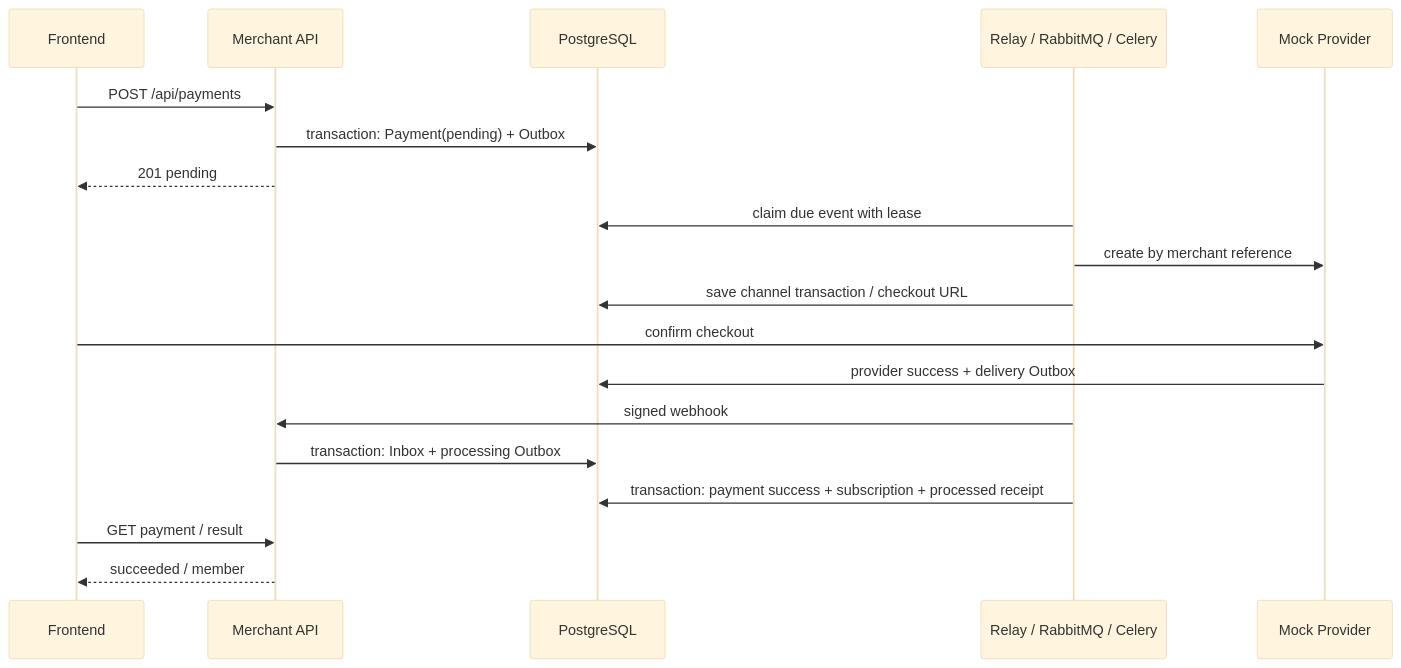
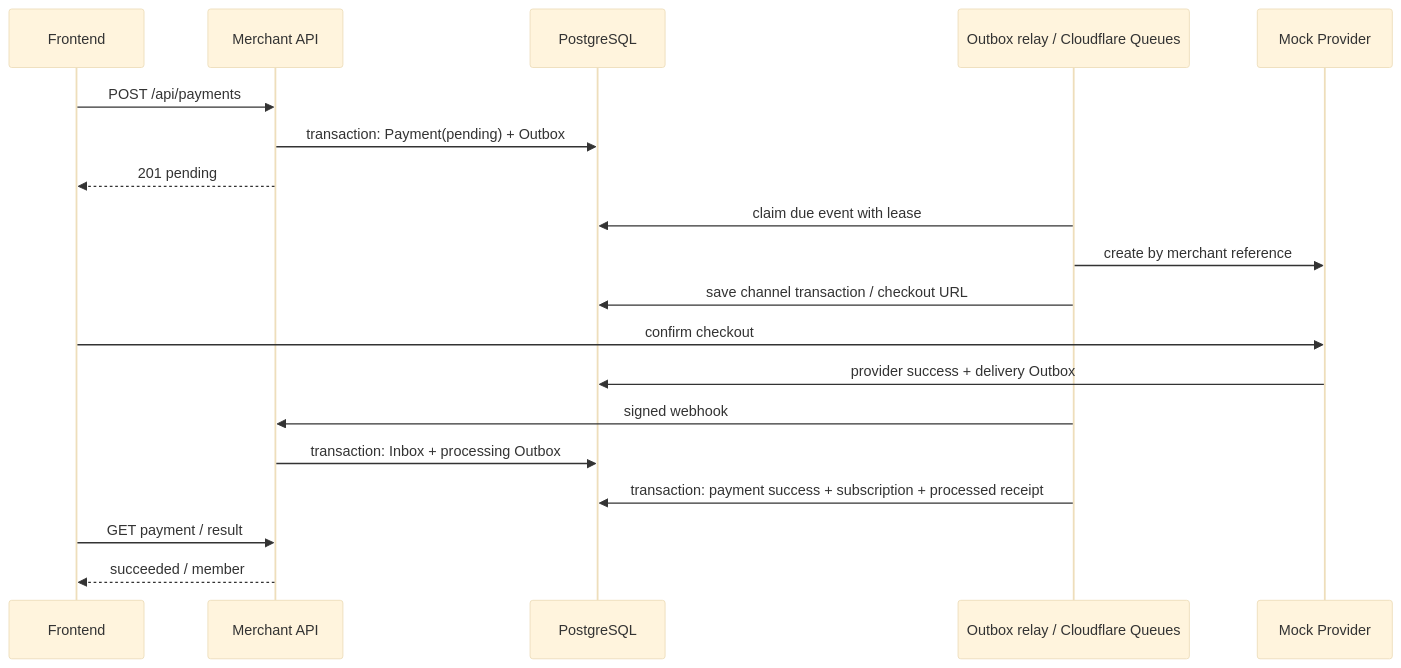
The first of 2 diagrams in README.md (ShiqinGuo/wellnest-backend), drawn with Mermaid (base theme) before and after one commit. The commit also changed other lines of this file and 29 other files, not shown here.

Commit message:
Run payment outbox workflows on Cloudflare Queues

````diff
--- a/README.md
+++ b/README.md
@@ -69,21 +86,21 @@
 ```mermaid
 sequenceDiagram
   participant UI as Frontend
   participant API as Merchant API
   participant PG as PostgreSQL
-  participant W as Relay / RabbitMQ / Celery
+  participant W as Outbox relay / Cloudflare Queues
   participant P as Mock Provider
   UI->>API: POST /api/payments
   API->>PG: transaction: Payment(pending) + Outbox
   API-->>UI: 201 pending
   W->>PG: claim due event with lease
   W->>P: create by merchant reference
   W->>PG: save channel transaction / checkout URL
   UI->>P: confirm checkout
   P->>PG: provider success + delivery Outbox
   W->>API: signed webhook
   API->>PG: transaction: Inbox + processing Outbox
   W->>PG: transaction: payment success + subscription + processed receipt
   UI->>API: GET payment / result
   API-->>UI: succeeded / member
 ```
````
